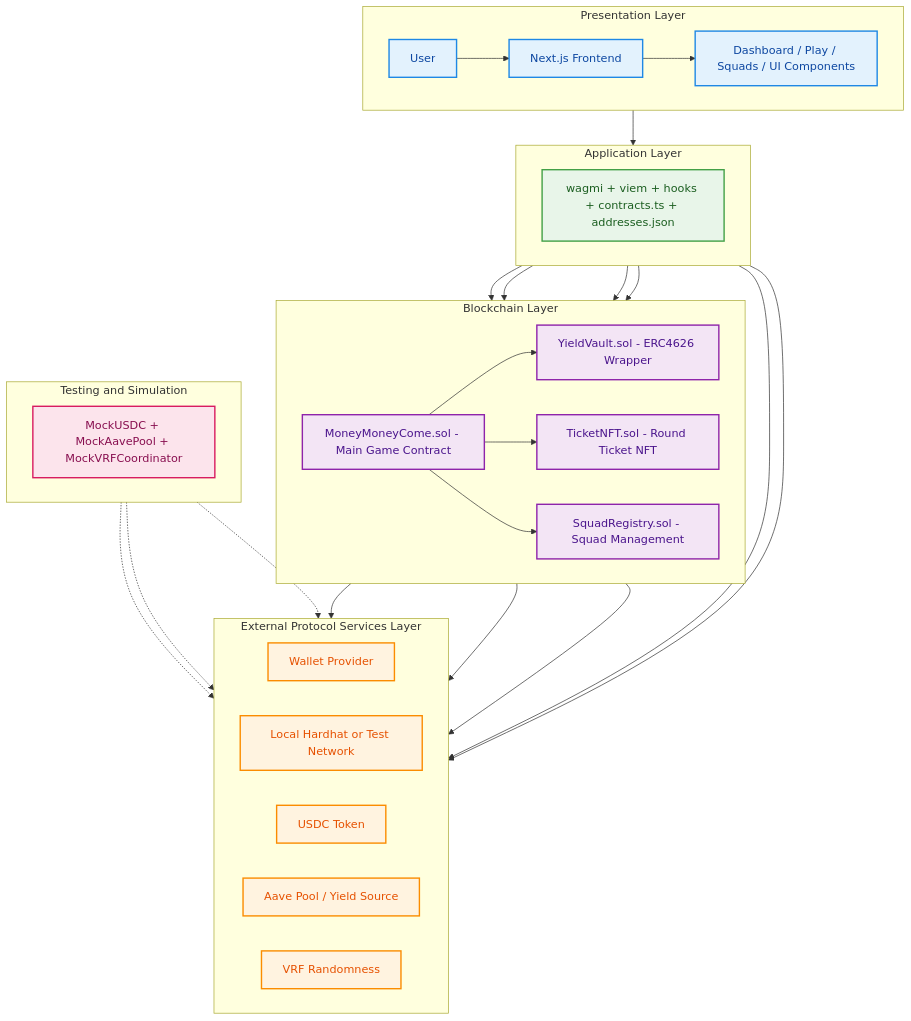
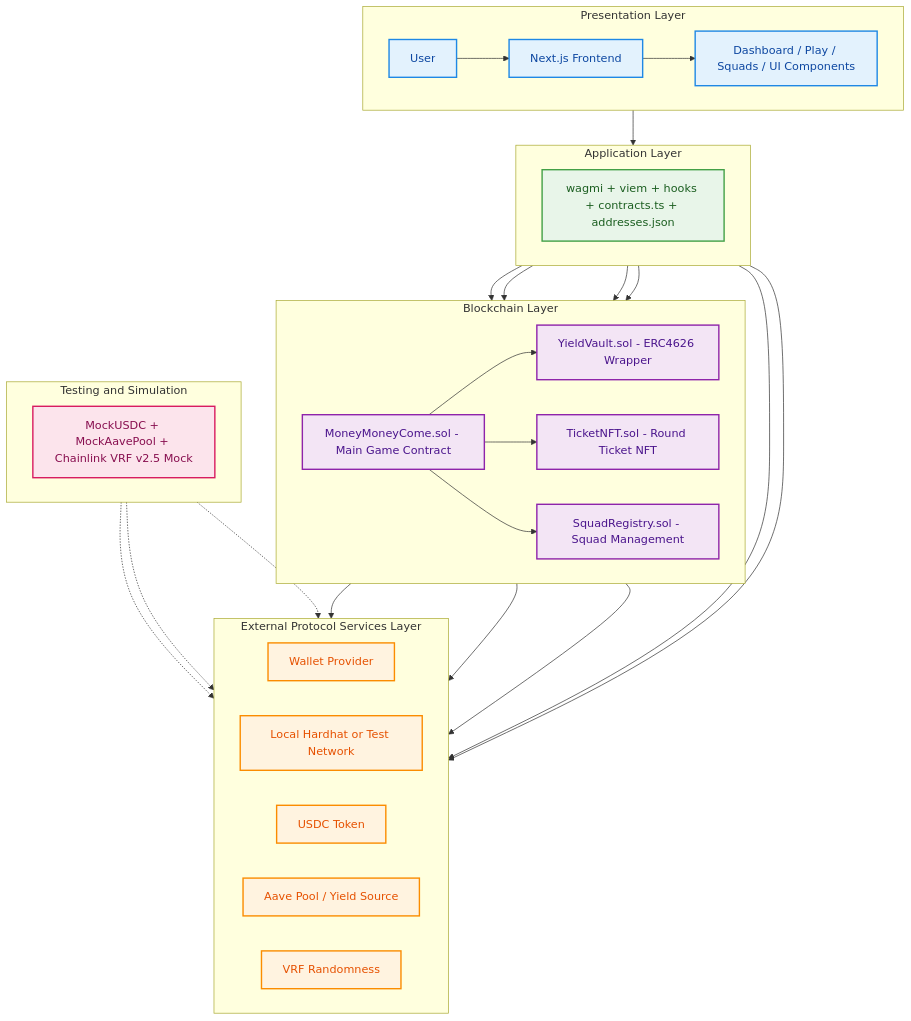
One commit to Rttt-N/money-money-come changed the third of 3 diagrams in docs/ARCHITECTURE.md. Above: the diagram before and after it, drawn with Mermaid. The commit also changed other lines of this file and 9 other files, not shown here.

````diff
--- a/docs/ARCHITECTURE.md
+++ b/docs/ARCHITECTURE.md
@@ -123,71 +123,71 @@
 ```mermaid
 flowchart TB
 
     subgraph L1["Presentation Layer"]
         direction LR
         U[User]
         FE[Next.js Frontend]
         UI[Dashboard / Play / Squads / UI Components]
         U --> FE --> UI
     end
 
     subgraph L2["Application Layer"]
         direction LR
         APP["wagmi + viem + hooks + contracts.ts + addresses.json"]
     end
 
     subgraph L3["Blockchain Layer"]
         direction LR
         MMC["MoneyMoneyCome.sol - Main Game Contract"]
         YV["YieldVault.sol - ERC4626 Wrapper"]
         NFT["TicketNFT.sol - Round Ticket NFT"]
         SQ["SquadRegistry.sol - Squad Management"]
     end
 
     subgraph L4["External Protocol Services Layer"]
         direction LR
         WALLET[Wallet Provider]
         CHAIN[Local Hardhat or Test Network]
         USDC[USDC Token]
         AAVE[Aave Pool / Yield Source]
         VRF[VRF Randomness]
     end
 
     subgraph L5["Testing and Simulation"]
         direction LR
-        MOCKS["MockUSDC + MockAavePool + MockVRFCoordinator"]
+        MOCKS["MockUSDC + MockAavePool + Chainlink VRF v2.5 Mock"]
     end
 
     FE --> APP
     APP --> WALLET
     APP --> CHAIN
 
     APP --> MMC
     APP --> YV
     APP --> NFT
     APP --> SQ
 
     MMC --> YV
     MMC --> NFT
     MMC --> SQ
 
     MMC --> USDC
     YV --> AAVE
     MMC --> VRF
 
     MOCKS -.-> USDC
     MOCKS -.-> AAVE
     MOCKS -.-> VRF
 
     classDef presentation fill:#E3F2FD,stroke:#1E88E5,stroke-width:2px,color:#0D47A1;
     classDef application fill:#E8F5E9,stroke:#43A047,stroke-width:2px,color:#1B5E20;
     classDef blockchain fill:#F3E5F5,stroke:#8E24AA,stroke-width:2px,color:#4A148C;
     classDef external fill:#FFF3E0,stroke:#FB8C00,stroke-width:2px,color:#E65100;
     classDef testing fill:#FCE4EC,stroke:#D81B60,stroke-width:2px,color:#880E4F;
 
     class U,FE,UI presentation;
     class APP application;
     class MMC,YV,NFT,SQ blockchain;
     class WALLET,CHAIN,USDC,AAVE,VRF external;
     class MOCKS testing;
 ```
````
